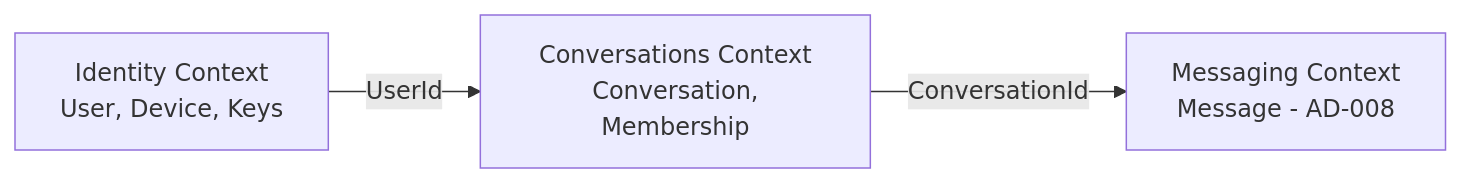
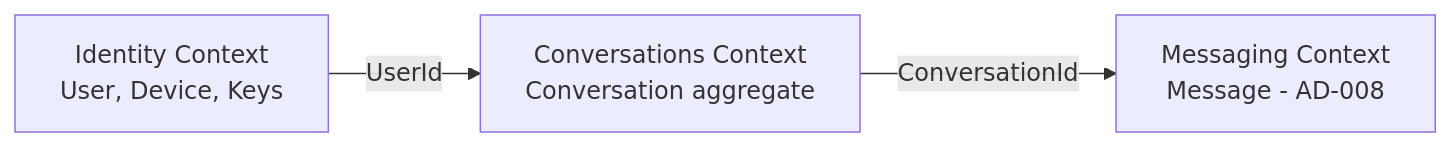
Before and after one commit to mohamedAbdelhamed03/ChatSolution: the first of 6 diagrams in docs/30-domain/30-domain-model-overview.md, drawn with Mermaid. The commit also changed other lines of this file and 14 other files, not shown here.

First line of the commit message:
docs(architecture): finalize AD-007 with lifecycle and invariant amendments

````diff
--- a/docs/30-domain/30-domain-model-overview.md
+++ b/docs/30-domain/30-domain-model-overview.md
@@ -36,8 +36,8 @@
 ```mermaid
 flowchart LR
     Identity[Identity Context\n User, Device, Keys]
-    Conversations[Conversations Context\n Conversation, Membership]
+    Conversations[Conversations Context\n Conversation aggregate]
     Messaging[Messaging Context\n Message - AD-008]
     Identity -->|UserId| Conversations
     Conversations -->|ConversationId| Messaging
 ```
````
